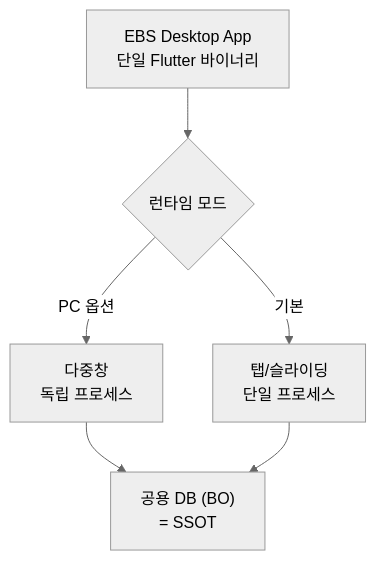
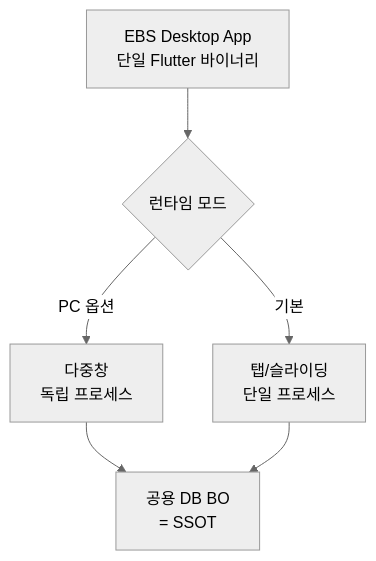
Diagram 11 of 18 in docs/1. Product/Foundation.md (garimto81/ebs_github), drawn with Mermaid (neutral theme) before and after one commit. The commit also changed other lines of this file and 2 other files, not shown here.

Commit message:
docs(foundation): v4.0 Graphic Novel Edition 본문 교체 (Foundation_redesign 통합)

````diff
--- a/docs/1. Product/Foundation.md
+++ b/docs/1. Product/Foundation.md
@@ -927,9 +632,9 @@
 ```mermaid
 flowchart TD
     App[EBS Desktop App<br/>단일 Flutter 바이너리]
     App --> Mode{런타임 모드}
-    Mode -->|기본| Tabs["탭/슬라이딩<br/>단일 프로세스"]
-    Mode -->|PC 옵션| Multi["다중창<br/>독립 프로세스"]
-    Multi --> DB["공용 DB (BO)<br/>= SSOT"]
+    Mode -->|기본| Tabs[탭/슬라이딩<br/>단일 프로세스]
+    Mode -->|PC 옵션| Multi[다중창<br/>독립 프로세스]
+    Multi --> DB[공용 DB BO<br/>= SSOT]
     Tabs --> DB
 ```
````
